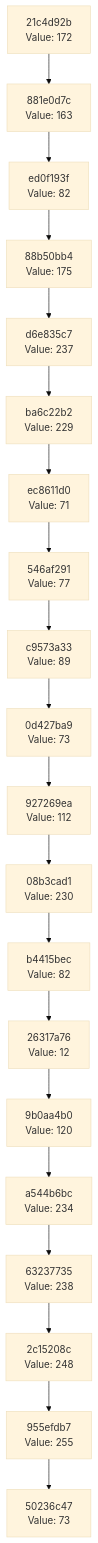
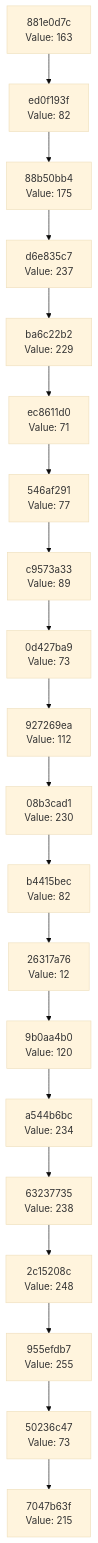
One commit to Abhisheksinha1506/hash-chain-evolver changed the diagram in docs/CHAIN_VISUALIZATION.md. Above: the diagram before and after it, drawn with Mermaid (base theme). The commit also changed 2 other files, not shown here.

Commit message:
Evolution step: hash 0xD7 → action executed

````diff
--- a/docs/CHAIN_VISUALIZATION.md
+++ b/docs/CHAIN_VISUALIZATION.md
@@ -3,42 +3,42 @@
 ```mermaid
 graph TD
-    C0["50236c47<br/>Value: 73"]
-    C1["955efdb7<br/>Value: 255"]
+    C0["7047b63f<br/>Value: 215"]
+    C1["50236c47<br/>Value: 73"]
     C1 --> C0
-    C2["2c15208c<br/>Value: 248"]
+    C2["955efdb7<br/>Value: 255"]
     C2 --> C1
-    C3["63237735<br/>Value: 238"]
+    C3["2c15208c<br/>Value: 248"]
     C3 --> C2
-    C4["a544b6bc<br/>Value: 234"]
+    C4["63237735<br/>Value: 238"]
     C4 --> C3
-    C5["9b0aa4b0<br/>Value: 120"]
+    C5["a544b6bc<br/>Value: 234"]
     C5 --> C4
-    C6["26317a76<br/>Value: 12"]
+    C6["9b0aa4b0<br/>Value: 120"]
     C6 --> C5
-    C7["b4415bec<br/>Value: 82"]
+    C7["26317a76<br/>Value: 12"]
     C7 --> C6
-    C8["08b3cad1<br/>Value: 230"]
+    C8["b4415bec<br/>Value: 82"]
     C8 --> C7
-    C9["927269ea<br/>Value: 112"]
+    C9["08b3cad1<br/>Value: 230"]
     C9 --> C8
-    C10["0d427ba9<br/>Value: 73"]
+    C10["927269ea<br/>Value: 112"]
     C10 --> C9
-    C11["c9573a33<br/>Value: 89"]
+    C11["0d427ba9<br/>Value: 73"]
     C11 --> C10
-    C12["546af291<br/>Value: 77"]
+    C12["c9573a33<br/>Value: 89"]
     C12 --> C11
-    C13["ec8611d0<br/>Value: 71"]
+    C13["546af291<br/>Value: 77"]
     C13 --> C12
-    C14["ba6c22b2<br/>Value: 229"]
+    C14["ec8611d0<br/>Value: 71"]
     C14 --> C13
-    C15["d6e835c7<br/>Value: 237"]
+    C15["ba6c22b2<br/>Value: 229"]
     C15 --> C14
-    C16["88b50bb4<br/>Value: 175"]
+    C16["d6e835c7<br/>Value: 237"]
     C16 --> C15
-    C17["ed0f193f<br/>Value: 82"]
+    C17["88b50bb4<br/>Value: 175"]
     C17 --> C16
-    C18["881e0d7c<br/>Value: 163"]
+    C18["ed0f193f<br/>Value: 82"]
     C18 --> C17
-    C19["21c4d92b<br/>Value: 172"]
+    C19["881e0d7c<br/>Value: 163"]
     C19 --> C18
 ```
````
